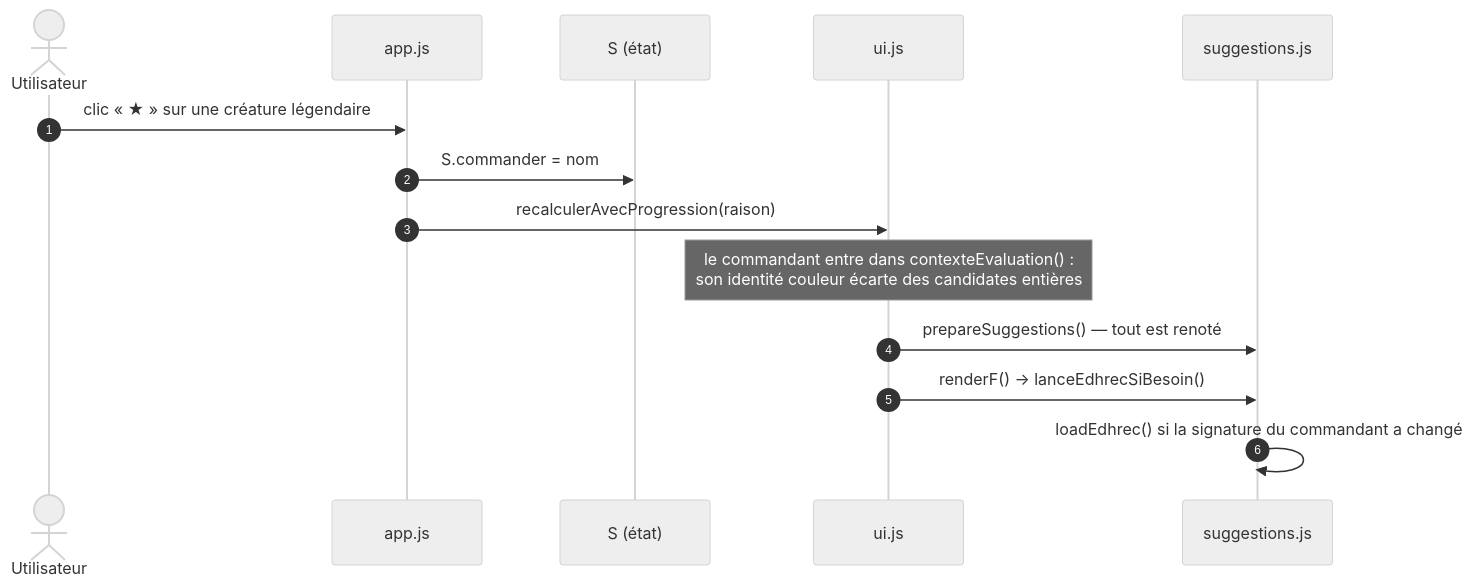
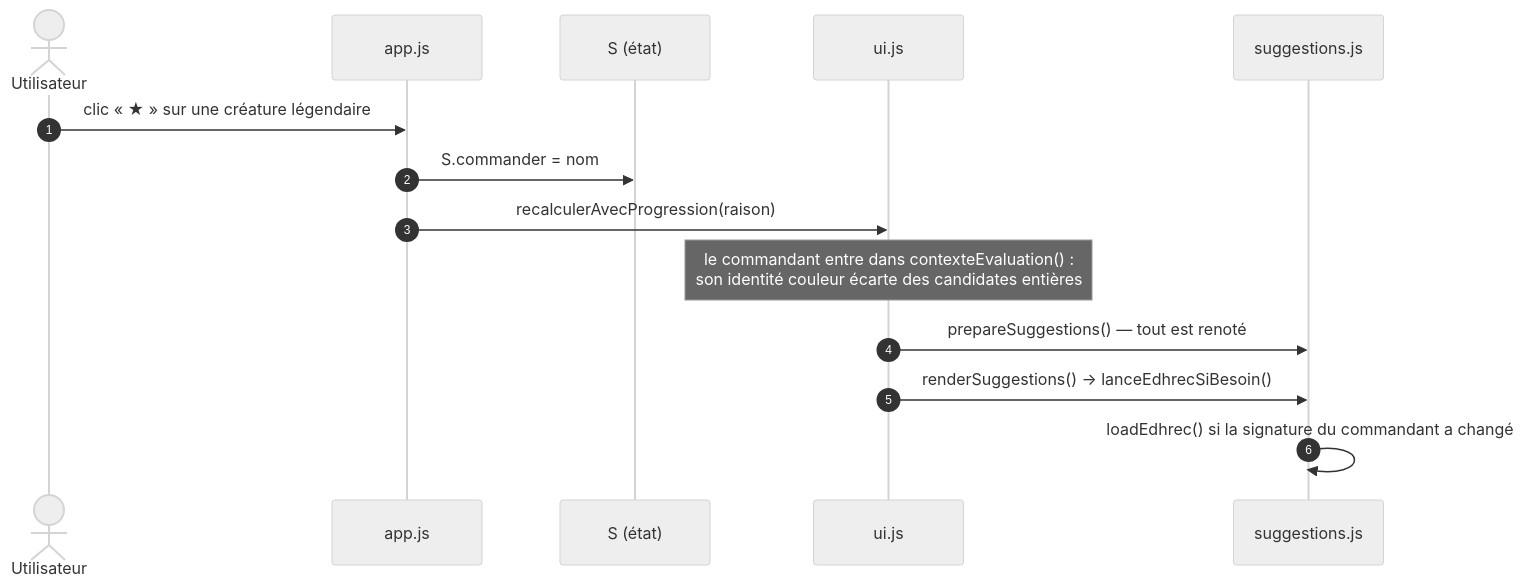
The ninth of 13 diagrams in PARCOURS.md (HJoudrier/MtgDeckBuilder_v3), drawn with Mermaid (neutral theme) before and after one commit. The commit also changed other lines of this file and 11 other files, not shown here.

````diff
--- a/PARCOURS.md
+++ b/PARCOURS.md
@@ -401,17 +403,17 @@
 ```mermaid
 sequenceDiagram
     autonumber
     actor U as Utilisateur
     participant APP as app.js
     participant S as S (état)
     participant UI as ui.js
     participant SUG as suggestions.js
 
     U->>APP: clic « ★ » sur une créature légendaire
     APP->>S: S.commander = nom
     APP->>UI: recalculerAvecProgression(raison)
     Note over UI: le commandant entre dans contexteEvaluation() :<br/>son identité couleur écarte des candidates entières
     UI->>SUG: prepareSuggestions() — tout est renoté
-    UI->>SUG: renderF() → lanceEdhrecSiBesoin()
+    UI->>SUG: renderSuggestions() → lanceEdhrecSiBesoin()
     SUG->>SUG: loadEdhrec() si la signature du commandant a changé
 ```
````
